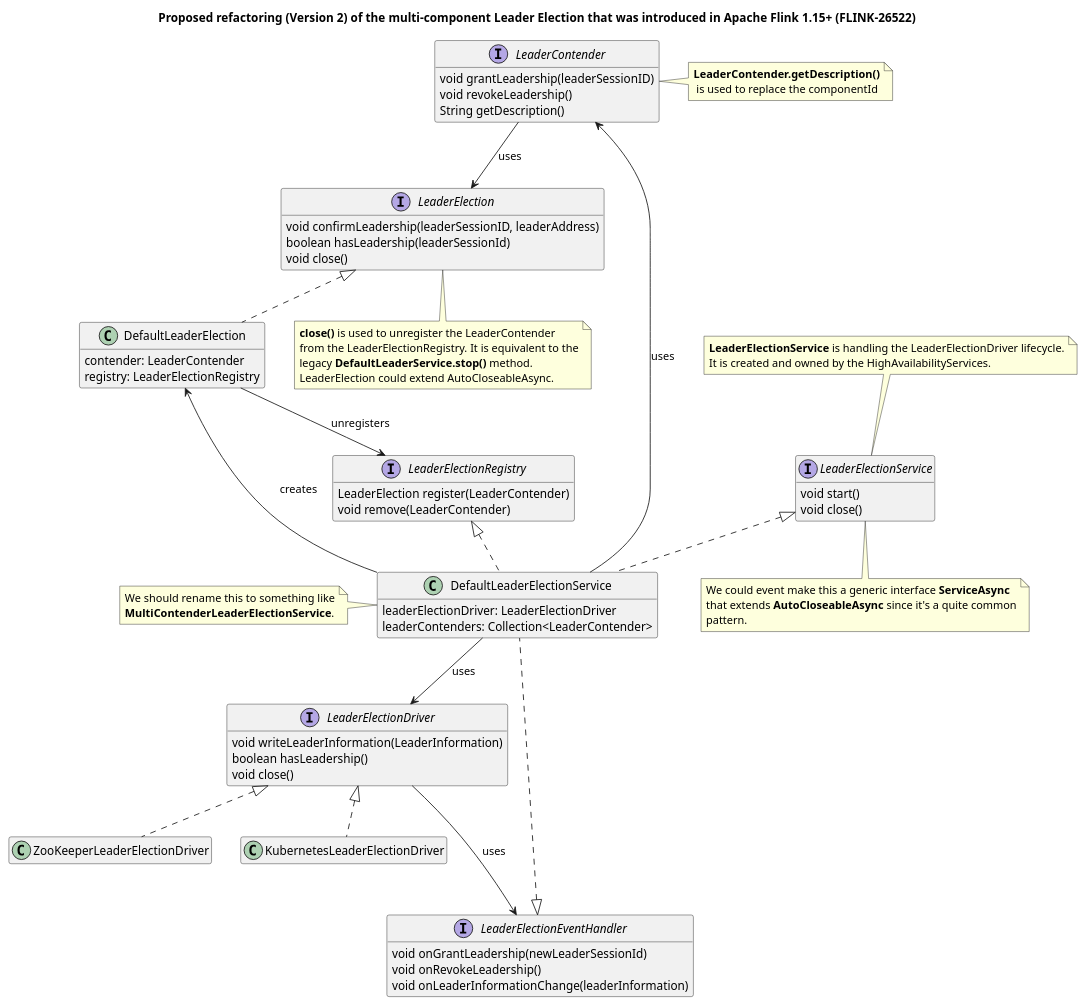
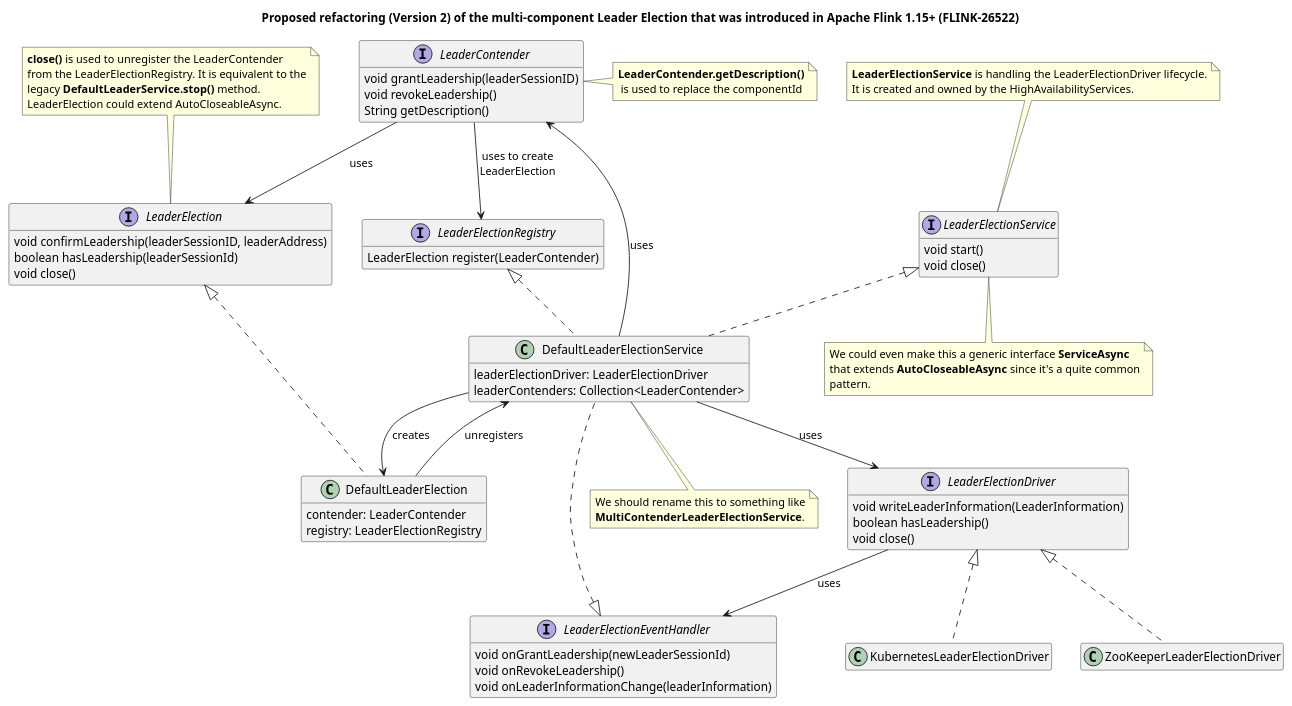
Before and after one commit to XComp/flink-diagrams: the diagram in plantuml/leaderelection-FLINK-26522.class.puml, drawn with PlantUML.

Commit message:
Aligned class diagram with FLIP-285 proposal

```diff
--- a/plantuml/leaderelection-FLINK-26522.class.puml
+++ b/plantuml/leaderelection-FLINK-26522.class.puml
@@ -1,94 +1,94 @@
 @startuml
 'https://plantuml.com/class-diagram
 
 title Proposed refactoring (Version 2) of the multi-component Leader Election that was introduced in Apache Flink 1.15+ (FLINK-26522)
 
 interface LeaderContender {
     void grantLeadership(leaderSessionID)
     void revokeLeadership()
     String getDescription()
 }
 hide LeaderContender fields
 note right: <b>LeaderContender.getDescription()</b>\n is used to replace the componentId
 
 interface LeaderElectionDriver {
     void writeLeaderInformation(LeaderInformation)
     boolean hasLeadership()
     void close()
 }
 hide LeaderElectionDriver fields
 
 interface LeaderElectionEventHandler {
     void onGrantLeadership(newLeaderSessionId)
     void onRevokeLeadership()
     void onLeaderInformationChange(leaderInformation)
 }
 hide LeaderElectionEventHandler fields
 
 interface LeaderElectionService {
     void start()
     void close()
 }
 hide LeaderElectionService fields
 note top of LeaderElectionService
     <b>LeaderElectionService</b> is handling the LeaderElectionDriver lifecycle.
     It is created and owned by the HighAvailabilityServices.
 end note
 note bottom of LeaderElectionService
-    We could event make this a generic interface <b>ServiceAsync</b>
+    We could even make this a generic interface <b>ServiceAsync</b>
     that extends <b>AutoCloseableAsync</b> since it's a quite common
     pattern.
 end note
 
 interface LeaderElectionRegistry {
     LeaderElection register(LeaderContender)
-    void remove(LeaderContender)
 }
 hide LeaderElectionRegistry fields
 
 interface LeaderElection {
     void confirmLeadership(leaderSessionID, leaderAddress)
     boolean hasLeadership(leaderSessionId)
     void close()
 }
 hide LeaderElection fields
-note bottom of LeaderElection
+note top of LeaderElection
     <b>close()</b> is used to unregister the LeaderContender
     from the LeaderElectionRegistry. It is equivalent to the
     legacy <b>DefaultLeaderService.stop()</b> method.
     LeaderElection could extend AutoCloseableAsync.
 end note
 
 class DefaultLeaderElection implements LeaderElection {
     contender: LeaderContender
     registry: LeaderElectionRegistry
 }
 hide DefaultLeaderElection methods
 
 class DefaultLeaderElectionService {
     leaderElectionDriver: LeaderElectionDriver
     leaderContenders: Collection<LeaderContender>
 }
 hide DefaultLeaderElectionService methods
-note left of DefaultLeaderElectionService
+note bottom of DefaultLeaderElectionService
     We should rename this to something like
     <b>MultiContenderLeaderElectionService</b>.
 end note
 
 class ZooKeeperLeaderElectionDriver implements LeaderElectionDriver
 hide ZooKeeperLeaderElectionDriver members
 
 class KubernetesLeaderElectionDriver implements LeaderElectionDriver
 hide KubernetesLeaderElectionDriver members
 
 class DefaultLeaderElectionService implements LeaderElectionRegistry, LeaderElectionService, LeaderElectionEventHandler
 
 DefaultLeaderElectionService --> DefaultLeaderElection : creates
 LeaderContender --> LeaderElection : uses
-DefaultLeaderElection --> LeaderElectionRegistry : unregisters
+LeaderContender --> LeaderElectionRegistry : uses to create\nLeaderElection
+DefaultLeaderElection --> DefaultLeaderElectionService: unregisters
 
-LeaderElectionDriver ---> LeaderElectionEventHandler : uses
+LeaderElectionDriver --> LeaderElectionEventHandler : uses
 DefaultLeaderElectionService --> LeaderElectionDriver : uses
 DefaultLeaderElectionService --> LeaderContender : uses
 
 @enduml
```
